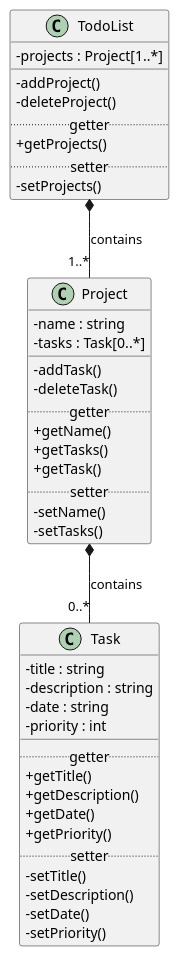
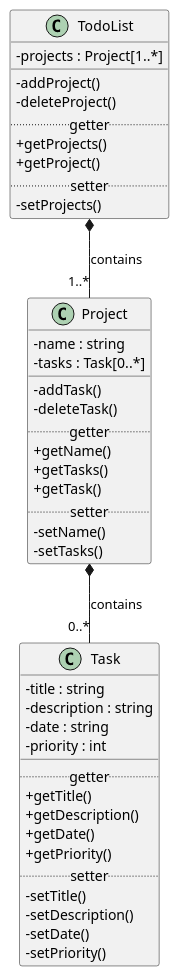
One commit to fahryanputra/todo-list-app changed the diagram in puml/todo-list-app.puml. Above: the diagram before and after it, drawn with PlantUML. The commit also changed 2 other files, not shown here.

```diff
--- a/puml/todo-list-app.puml
+++ b/puml/todo-list-app.puml
@@ -1,53 +1,54 @@
 @startuml todo-list-app
 
 skinparam classAttributeIconSize 0
 
 Project *-- "0..*" Task : contains
 TodoList *-- "1..*" Project : contains
 
 
 class Task {
     -title : string
     -description : string
     -date : string
     -priority : int
     __
     .. getter ..
     +getTitle()
     +getDescription()
     +getDate()
     +getPriority()
     .. setter ..
     -setTitle()
     -setDescription()
     -setDate()
     -setPriority()
 }
 
 class Project {
     -name : string
     -tasks : Task[0..*]
     __
     -addTask()
     -deleteTask()
     .. getter ..
     +getName()
     +getTasks()
     +getTask()
     .. setter ..
     -setName()
     -setTasks()
 }
 
 class TodoList {
     -projects : Project[1..*]
     __
     -addProject()
     -deleteProject()
     .. getter ..
     +getProjects()
+    +getProject()
     .. setter ..
     -setProjects()
 }
 
 @enduml
```
